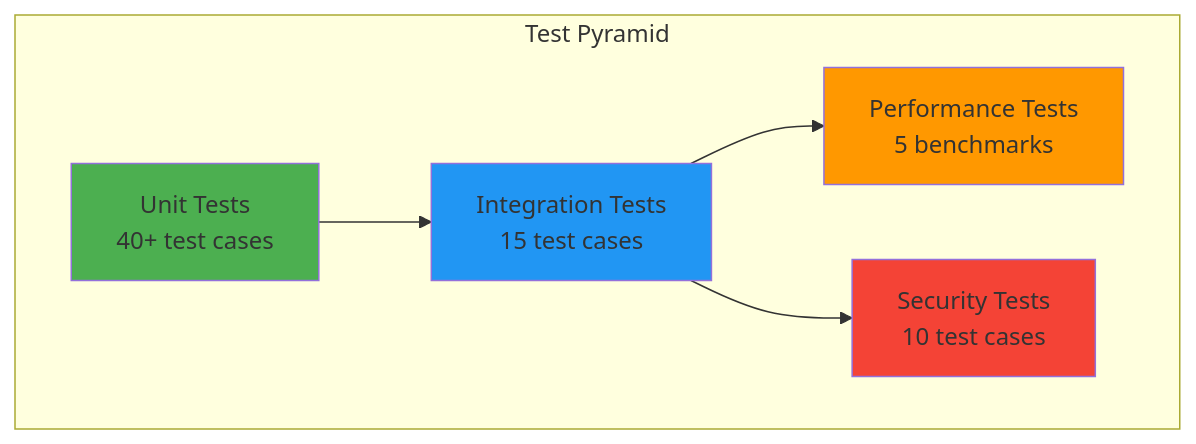
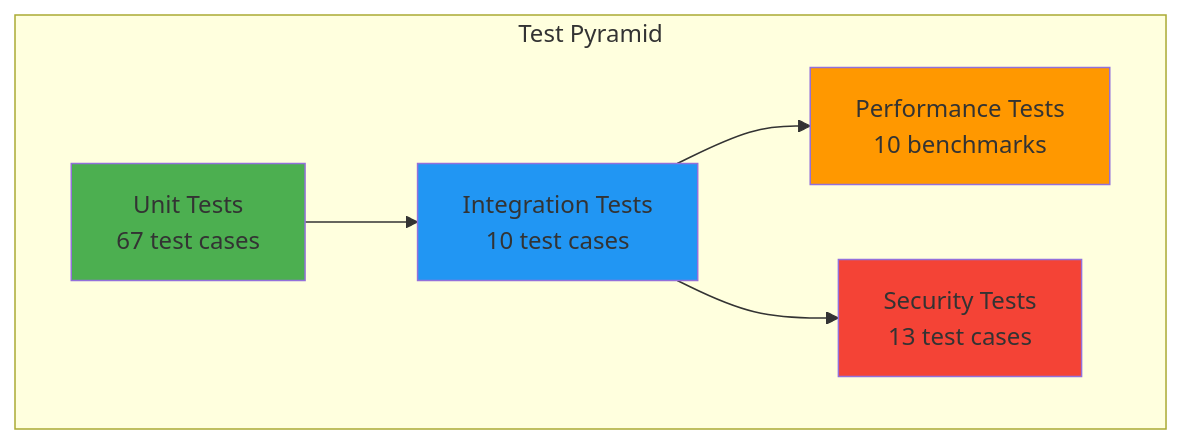
Before and after one commit to dxcSithLord/server-go-ssp-gormauthstore: the diagram in docs/API_TESTS_SPEC.md, drawn with Mermaid. The commit also changed other lines of this file and 13 other files, not shown here.

````diff
--- a/docs/API_TESTS_SPEC.md
+++ b/docs/API_TESTS_SPEC.md
@@ -26,18 +26,18 @@
 ```mermaid
 graph TB
     subgraph "Test Pyramid"
-        PERF[Performance Tests<br/>5 benchmarks]
-        SEC[Security Tests<br/>10 test cases]
-        INT[Integration Tests<br/>15 test cases]
-        UNIT[Unit Tests<br/>40+ test cases]
+        PERF[Performance Tests<br/>10 benchmarks]
+        SEC[Security Tests<br/>13 test cases]
+        INT[Integration Tests<br/>10 test cases]
+        UNIT[Unit Tests<br/>67 test cases]
     end
 
     UNIT --> INT
     INT --> SEC
     INT --> PERF
 
     style UNIT fill:#4CAF50
     style INT fill:#2196F3
     style SEC fill:#f44336
     style PERF fill:#FF9800
 ```
````
